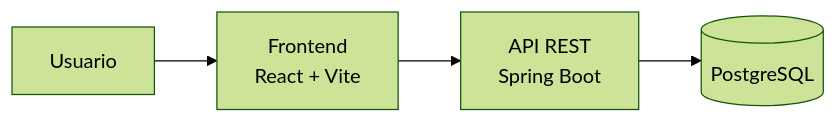
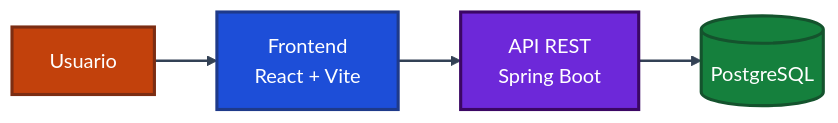
Before and after one commit to DirPipe/AILifeQuest: the first of 3 diagrams in README.md, drawn with Mermaid (forest theme). The commit also changed other lines of this file, not shown here.

Commit message:
Se mejoraron los colores de los diagramas Mermaid del README principal

````diff
--- a/README.md
+++ b/README.md
@@ -26,6 +26,16 @@
 ```mermaid
 flowchart LR
   Usuario[Usuario] --> Frontend[Frontend<br/>React + Vite]
   Frontend --> API[API REST<br/>Spring Boot]
   API --> DB[(PostgreSQL)]
+
+  classDef actor fill:#C2410C,stroke:#7C2D12,color:#FFFFFF,stroke-width:2.5px
+  classDef frontend fill:#1D4ED8,stroke:#1E3A8A,color:#FFFFFF,stroke-width:2.5px
+  classDef backend fill:#6D28D9,stroke:#3B0764,color:#FFFFFF,stroke-width:2.5px
+  classDef database fill:#15803D,stroke:#14532D,color:#FFFFFF,stroke-width:2.5px
+  class Usuario actor
+  class Frontend frontend
+  class API backend
+  class DB database
+  linkStyle default stroke:#334155,stroke-width:2px
 ```
````
